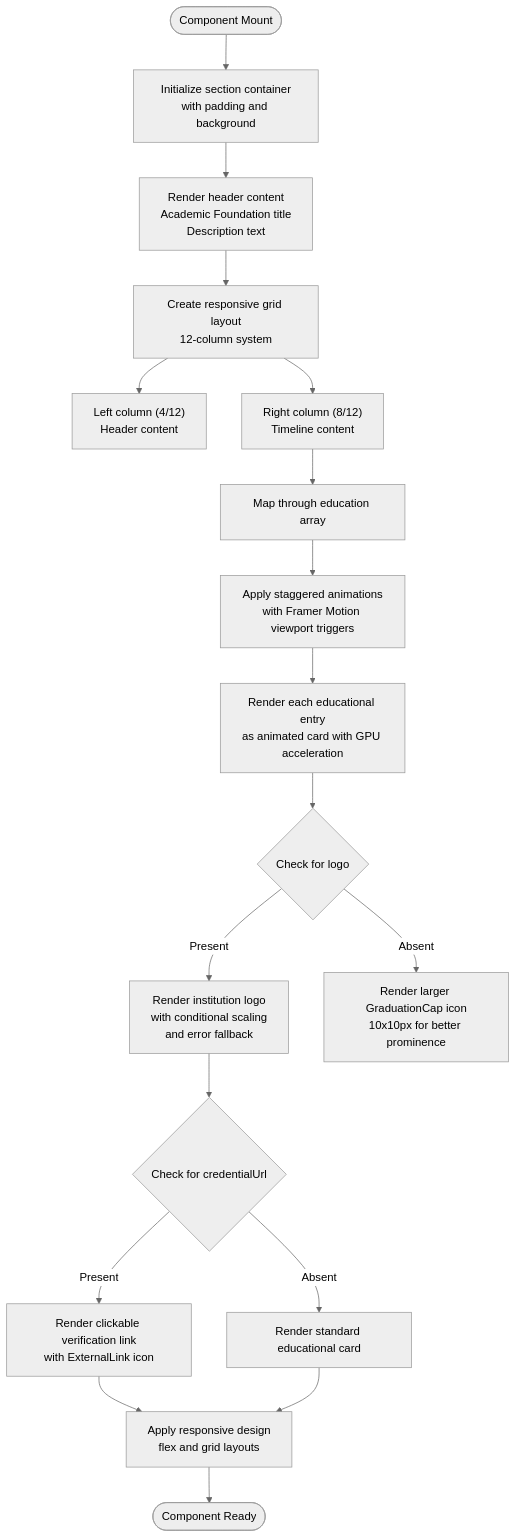
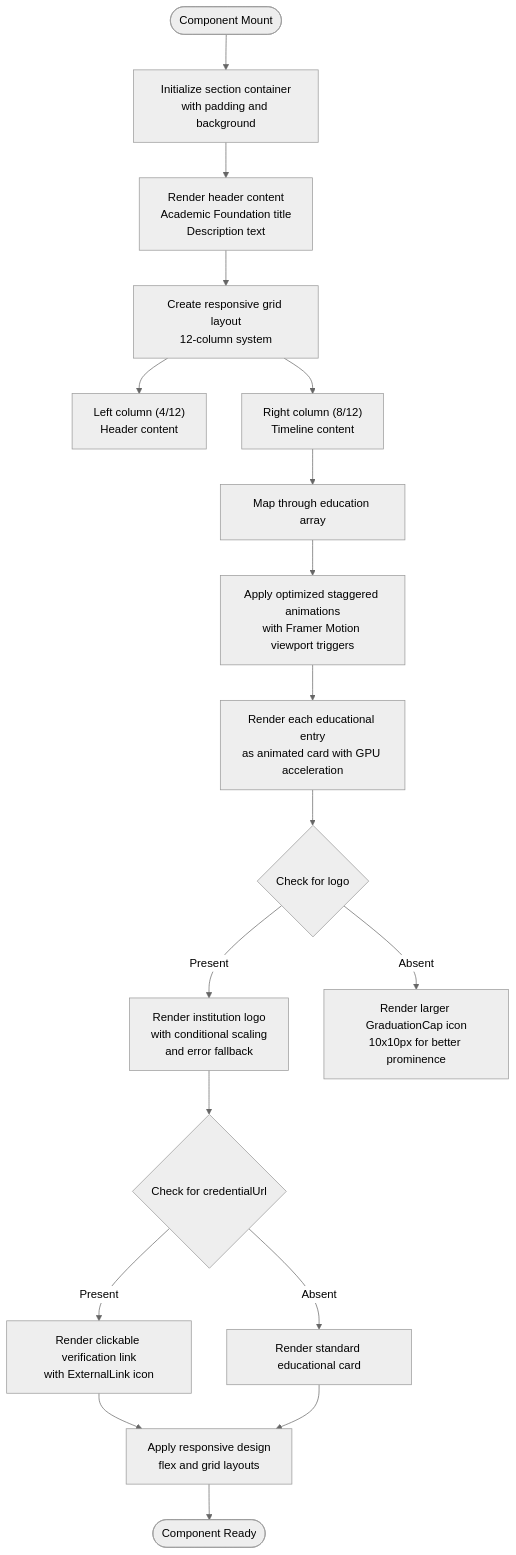
Before and after one commit to subash7781/Portfolio: the fourth of 11 diagrams in .qoder/repowiki/en/content/Component Library & UI Elements/EducationSection Component.md, drawn with Mermaid (neutral theme). The commit also changed other lines of this file and 9 other files, not shown here.

````diff
--- a/.qoder/repowiki/en/content/Component Library & UI Elements/EducationSection Component.md
+++ b/.qoder/repowiki/en/content/Component Library & UI Elements/EducationSection Component.md
@@ -184,20 +182,20 @@
 ```mermaid
 flowchart TD
 Start([Component Mount]) --> Setup["Initialize section container<br/>with padding and background"]
 Setup --> Header["Render header content<br/>Academic Foundation title<br/>Description text"]
 Header --> Grid["Create responsive grid layout<br/>12-column system"]
 Grid --> Column1["Left column (4/12)<br/>Header content"]
 Grid --> Column2["Right column (8/12)<br/>Timeline content"]
 Column2 --> MapEntries["Map through education array"]
-MapEntries --> Animation["Apply staggered animations<br/>with Framer Motion viewport triggers"]
+MapEntries --> Animation["Apply optimized staggered animations<br/>with Framer Motion viewport triggers"]
 Animation --> CardLayout["Render each educational entry<br/>as animated card with GPU acceleration"]
 CardLayout --> LogoCheck{"Check for logo"}
 LogoCheck --> |Present| LogoImage["Render institution logo<br/>with conditional scaling<br/>and error fallback"]
 LogoCheck --> |Absent| DefaultIcon["Render larger GraduationCap icon<br/>10x10px for better prominence"]
 LogoImage --> CredentialCheck{"Check for credentialUrl"}
 CredentialCheck --> |Present| VerificationLink["Render clickable verification link<br/>with ExternalLink icon"]
 CredentialCheck --> |Absent| StandardCard["Render standard educational card"]
 VerificationLink --> Responsive["Apply responsive design<br/>flex and grid layouts"]
 StandardCard --> Responsive
 Responsive --> End([Component Ready])
 ```
````
